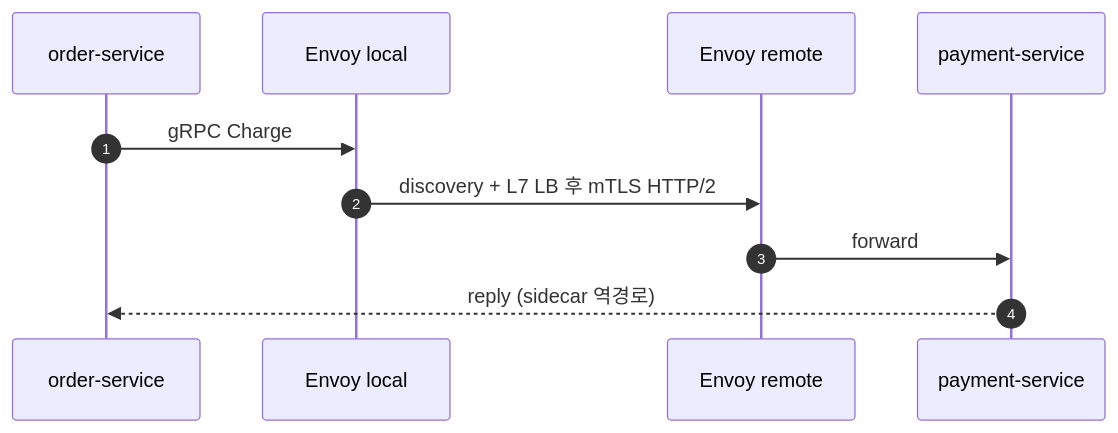
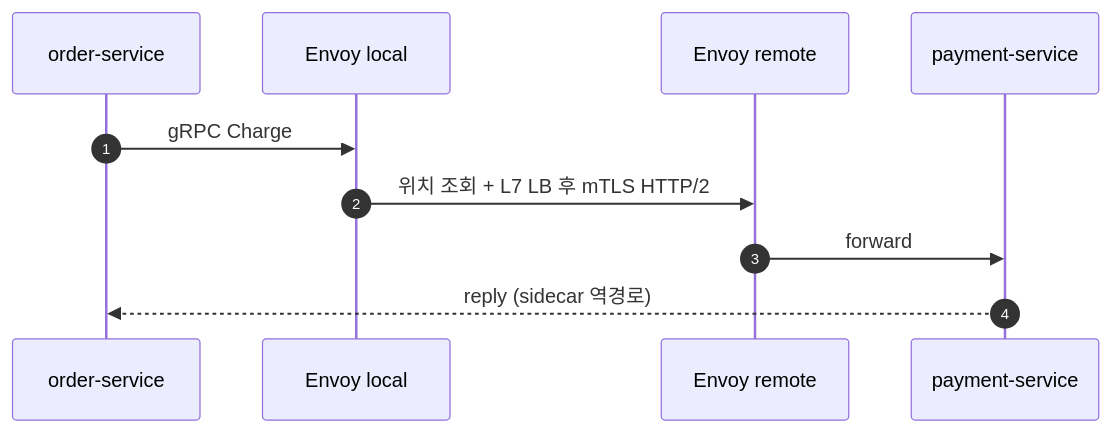
The third of 4 diagrams in framework/doc/framework/dotnet/guide/13-grpc-alternative.ko.md (kairos-code-dev/zlink), drawn with Mermaid before and after one commit. The commit also changed other lines of this file and 30 other files, not shown here.

````diff
--- a/framework/doc/framework/dotnet/guide/13-grpc-alternative.ko.md
+++ b/framework/doc/framework/dotnet/guide/13-grpc-alternative.ko.md
@@ -244,12 +244,12 @@
 ```mermaid
 sequenceDiagram
   autonumber
   participant A as order-service
   participant SA as Envoy local
   participant SB as Envoy remote
   participant B as payment-service
   A->>SA: gRPC Charge
-  SA->>SB: discovery + L7 LB 후 mTLS HTTP/2
+  SA->>SB: 위치 조회 + L7 LB 후 mTLS HTTP/2
   SB->>B: forward
   B-->>A: reply (sidecar 역경로)
 ```
````
